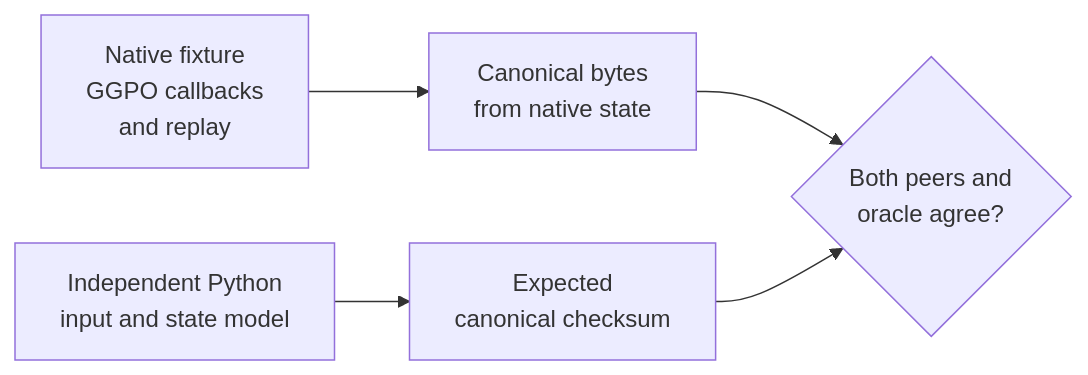
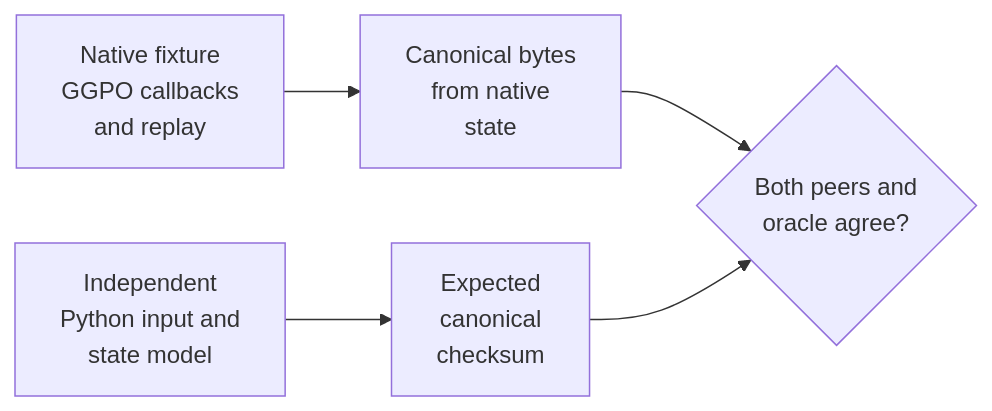
One commit to irregularthanis/ggpo-next changed the third of 4 diagrams in doc/architecture/CrossPlatformTesting.md. Above: the diagram before and after it, drawn with Mermaid. The commit also changed other lines of this file and 3 other files, not shown here.

Commit message:
docs: prevent architecture diagram truncation

````diff
--- a/doc/architecture/CrossPlatformTesting.md
+++ b/doc/architecture/CrossPlatformTesting.md
@@ -289,11 +289,11 @@
 ```mermaid
 flowchart LR
     Native["Native fixture<br/>GGPO callbacks<br/>and replay"]
-    NativeState["Canonical bytes<br/>from native state"]
-    Oracle["Independent Python<br/>input and state model"]
-    OracleState["Expected<br/>canonical checksum"]
+    NativeState["Canonical bytes<br/>from native<br/>state"]
+    Oracle["Independent<br/>Python input and<br/>state model"]
+    OracleState["Expected<br/>canonical<br/>checksum"]
     Gate{"Both peers and<br/>oracle agree?"}
 
     Native --> NativeState --> Gate
     Oracle --> OracleState --> Gate
 ```
````
